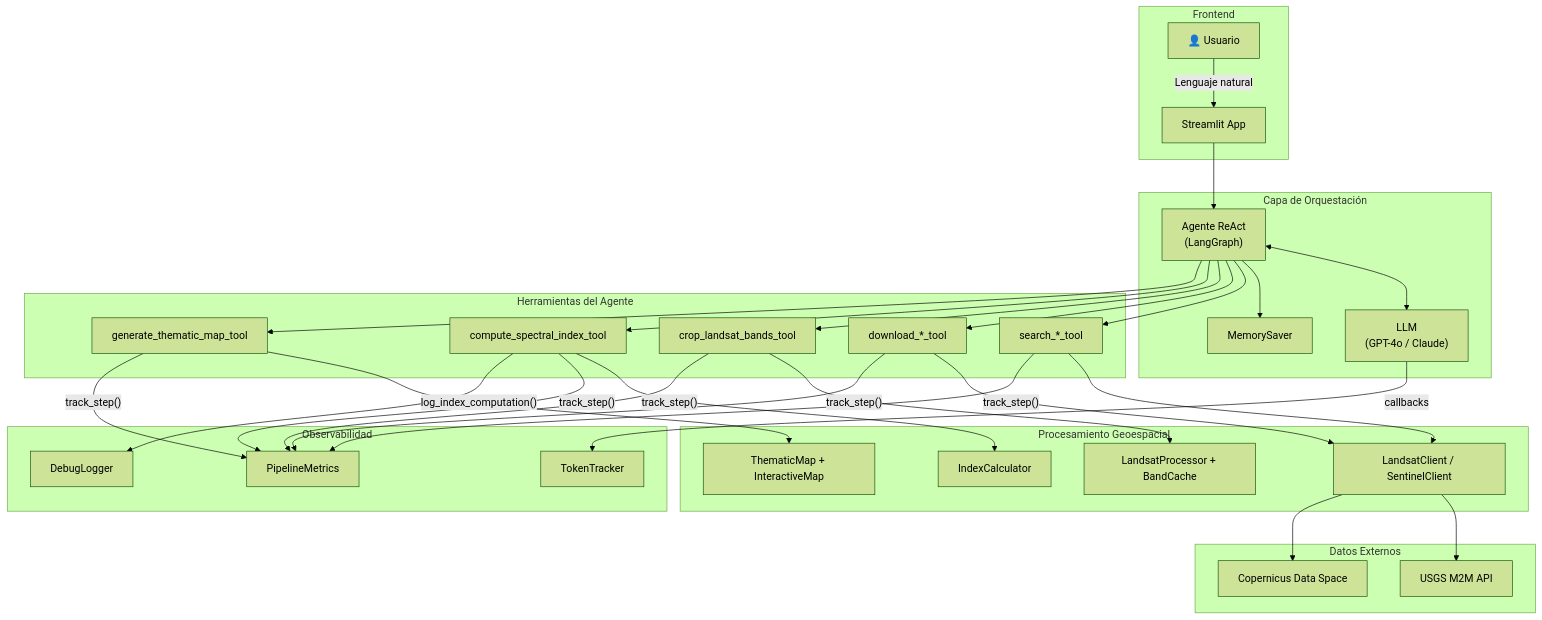
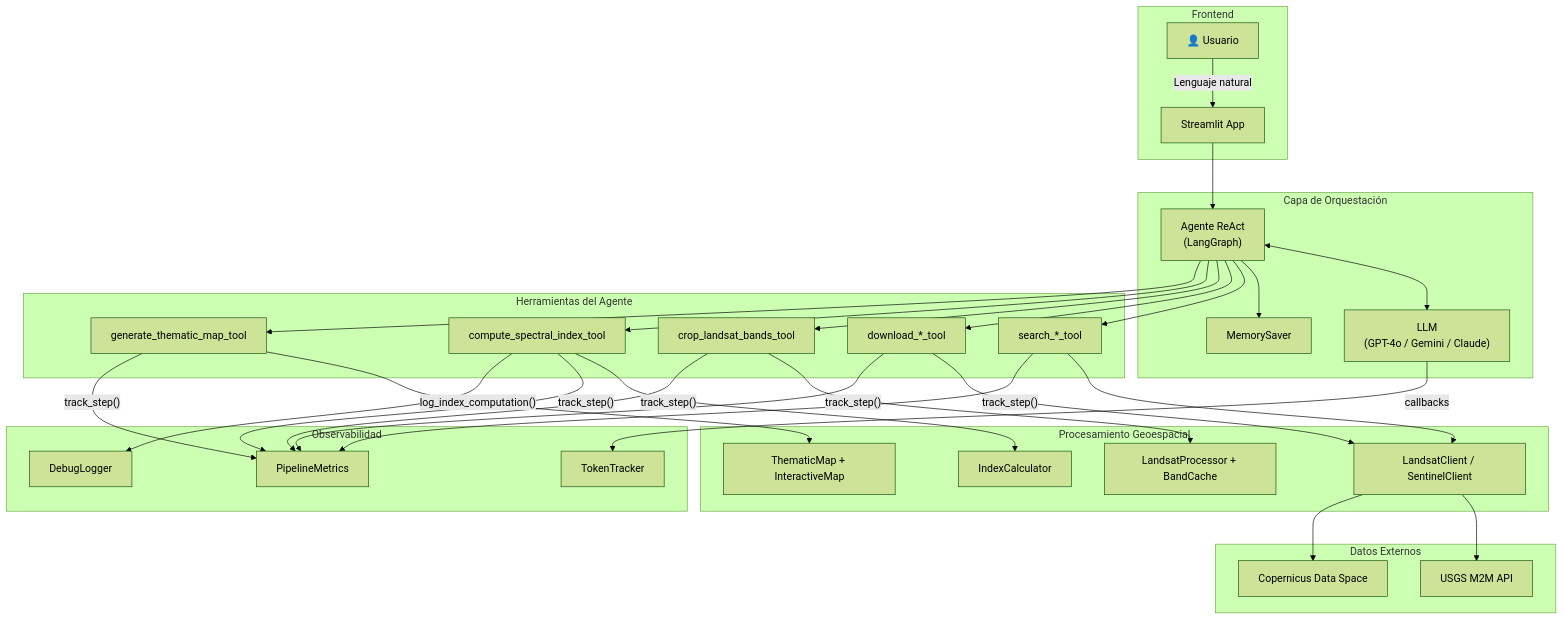
One commit to ManuelaOJ/spectral-index-agent changed the sixth of 10 diagrams in docs/pipeline_architecture.md. Above: the diagram before and after it, drawn with Mermaid (forest theme). The commit also changed other lines of this file and 7 other files, not shown here.

````diff
--- a/docs/pipeline_architecture.md
+++ b/docs/pipeline_architecture.md
@@ -1257,58 +1257,58 @@
 ```mermaid
 graph TB
     subgraph "Frontend"
         USER["👤 Usuario"]
         STREAMLIT["Streamlit App"]
     end
 
     subgraph "Capa de Orquestación"
         REACT["Agente ReAct<br/>(LangGraph)"]
-        LLM["LLM<br/>(GPT-4o / Claude)"]
+        LLM["LLM<br/>(GPT-4o / Gemini / Claude)"]
         MEM["MemorySaver"]
     end
 
     subgraph "Herramientas del Agente"
         T1["search_*_tool"]
         T2["download_*_tool"]
         T3["crop_landsat_bands_tool"]
         T4["compute_spectral_index_tool"]
         T5["generate_thematic_map_tool"]
     end
 
     subgraph "Procesamiento Geoespacial"
         P1["LandsatClient / SentinelClient"]
         P2["LandsatProcessor + BandCache"]
         P3["IndexCalculator"]
         P4["ThematicMap + InteractiveMap"]
     end
 
     subgraph "Datos Externos"
         API1["USGS M2M API"]
         API2["Copernicus Data Space"]
     end
 
     subgraph "Observabilidad"
         OBS1["PipelineMetrics"]
         OBS2["TokenTracker"]
         OBS3["DebugLogger"]
     end
 
     USER -->|"Lenguaje natural"| STREAMLIT
     STREAMLIT --> REACT
     REACT <--> LLM
     REACT --> MEM
 
     REACT --> T1 & T2 & T3 & T4 & T5
 
     T1 --> P1
     T2 --> P1
     T3 --> P2
     T4 --> P3
     T5 --> P4
 
     P1 --> API1 & API2
 
     T1 & T2 & T3 & T4 & T5 -->|"track_step()"| OBS1
     LLM -->|"callbacks"| OBS2
     T4 -->|"log_index_computation()"| OBS3
 ```
````
